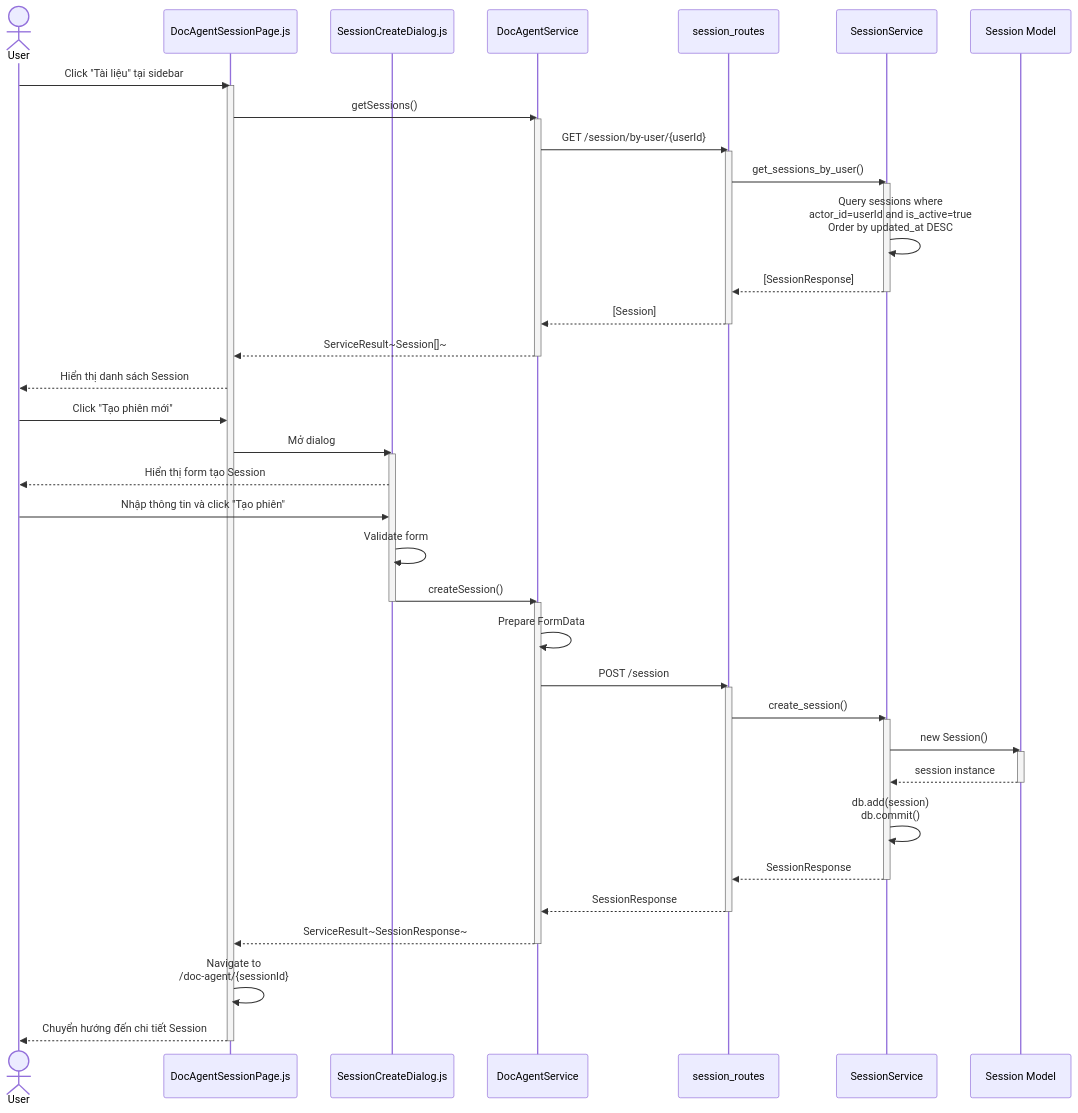
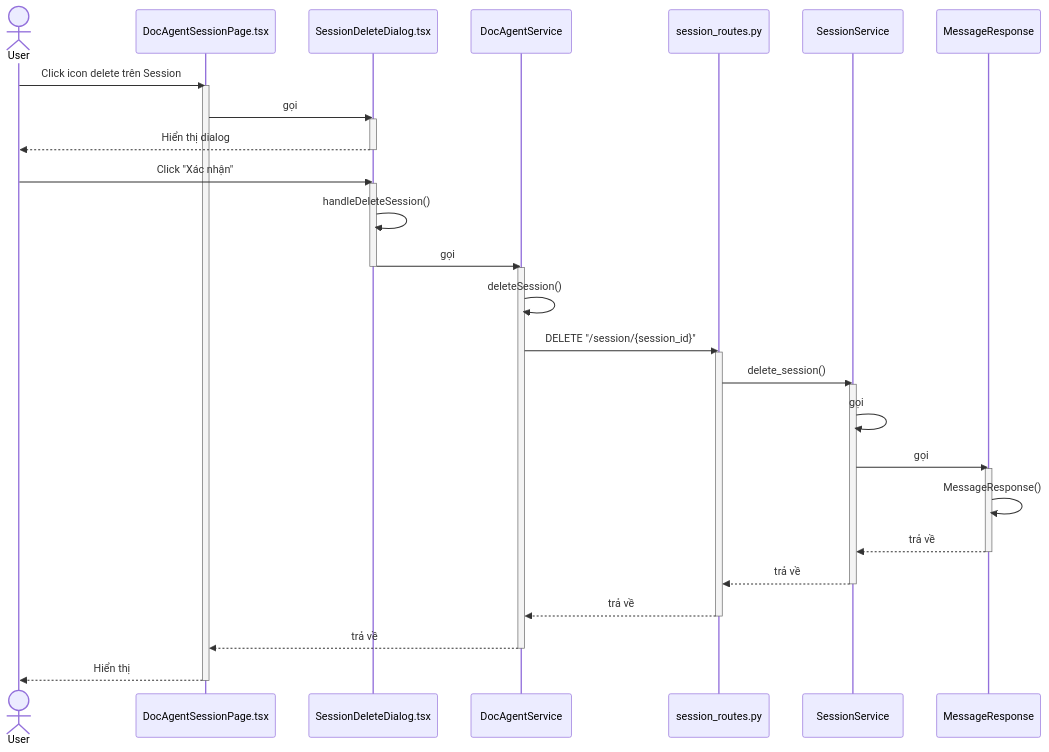
Before and after one commit to mduc-2610/gp_doc: the second of 5 diagrams in session/4_session_management_seq.md, drawn with Mermaid. The commit also changed other lines of this file and 34 other files, not shown here.

````diff
--- a/session/4_session_management_seq.md
+++ b/session/4_session_management_seq.md
@@ -45,67 +64,53 @@
 ```mermaid
 sequenceDiagram
     actor User
-    participant DocAgentSessionPage as DocAgentSessionPage.js
-    participant SessionCreateDialog as SessionCreateDialog.js
+    participant DocAgentSessionPage as DocAgentSessionPage.tsx
+    participant SessionDeleteDialog as SessionDeleteDialog.tsx
     participant DocAgentService as DocAgentService
-    participant SessionRoutes as session_routes
+    participant SessionRoutes as session_routes.py
     participant SessionService as SessionService
-    participant SessionModel as Session Model
+    participant MessageResponse as MessageResponse
 
-    User->>DocAgentSessionPage: Click "Tài liệu" tại sidebar
+    User->>DocAgentSessionPage: Click icon delete trên Session
     activate DocAgentSessionPage
     
-    DocAgentSessionPage->>DocAgentService: getSessions()
+    DocAgentSessionPage->>SessionDeleteDialog: gọi
+    activate SessionDeleteDialog
+    SessionDeleteDialog-->>User: Hiển thị dialog
+    deactivate SessionDeleteDialog
+    
+    User->>SessionDeleteDialog: Click "Xác nhận"
+    activate SessionDeleteDialog
+    
+    SessionDeleteDialog->>SessionDeleteDialog: handleDeleteSession()
+    SessionDeleteDialog->>DocAgentService: gọi
+    deactivate SessionDeleteDialog
     activate DocAgentService
-    DocAgentService->>SessionRoutes: GET /session/by-user/{userId}
+    
+    DocAgentService->>DocAgentService: deleteSession()
+    DocAgentService->>SessionRoutes: DELETE "/session/{session_id}"
     activate SessionRoutes
-    SessionRoutes->>SessionService: get_sessions_by_user()
+    
+    SessionRoutes->>SessionService: delete_session()
     activate SessionService
-    SessionService->>SessionService: Query sessions where<br/>actor_id=userId and is_active=true<br/>Order by updated_at DESC
-    SessionService-->>SessionRoutes: [SessionResponse]
+    
+    SessionService->>SessionService: gọi
+    SessionService->>MessageResponse: gọi
+    activate MessageResponse
+    
+    MessageResponse->>MessageResponse: MessageResponse()
+    MessageResponse-->>SessionService: trả về
+    deactivate MessageResponse
+    
+    SessionService-->>SessionRoutes: trả về
     deactivate SessionService
-    SessionRoutes-->>DocAgentService: [Session]
+    
+    SessionRoutes-->>DocAgentService: trả về
     deactivate SessionRoutes
-    DocAgentService-->>DocAgentSessionPage: ServiceResult~Session[]~
+    
+    DocAgentService-->>DocAgentSessionPage: trả về
     deactivate DocAgentService
     
-    DocAgentSessionPage-->>User: Hiển thị danh sách Session
-    
-    User->>DocAgentSessionPage: Click "Tạo phiên mới"
-    
-    DocAgentSessionPage->>SessionCreateDialog: Mở dialog
-    activate SessionCreateDialog
-    SessionCreateDialog-->>User: Hiển thị form tạo Session
-    
-    User->>SessionCreateDialog: Nhập thông tin và click "Tạo phiên"
-    SessionCreateDialog->>SessionCreateDialog: Validate form
-    SessionCreateDialog->>DocAgentService: createSession()
-    deactivate SessionCreateDialog
-    activate DocAgentService
-    
-    DocAgentService->>DocAgentService: Prepare FormData
-    DocAgentService->>SessionRoutes: POST /session
-    activate SessionRoutes
-    
-    SessionRoutes->>SessionService: create_session()
-    activate SessionService
-    
-    SessionService->>SessionModel: new Session()
-    activate SessionModel
-    SessionModel-->>SessionService: session instance
-    deactivate SessionModel
-    
-    SessionService->>SessionService: db.add(session)<br/>db.commit()
-    SessionService-->>SessionRoutes: SessionResponse
-    deactivate SessionService
-    
-    SessionRoutes-->>DocAgentService: SessionResponse
-    deactivate SessionRoutes
-    
-    DocAgentService-->>DocAgentSessionPage: ServiceResult~SessionResponse~
-    deactivate DocAgentService
-    
-    DocAgentSessionPage->>DocAgentSessionPage: Navigate to<br/>/doc-agent/{sessionId}
-    DocAgentSessionPage-->>User: Chuyển hướng đến chi tiết Session
+    DocAgentSessionPage-->>User: Hiển thị
     deactivate DocAgentSessionPage
 ```
````
